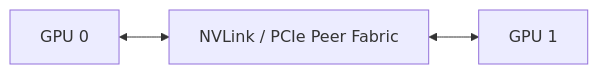
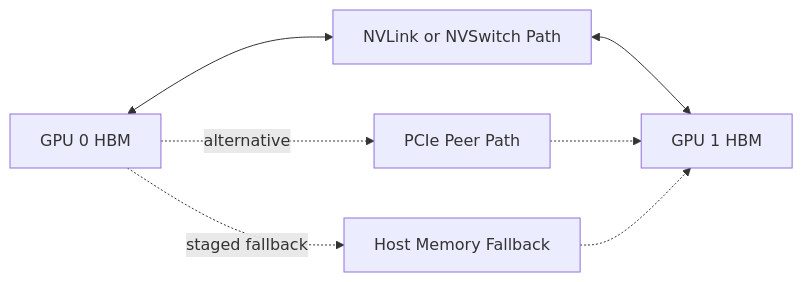
The diagram in docs/nvidia-zero-to-hero/volume-07/labs/lab-02-validate-peer-access-and-nvlink.md (jithinpnjm/nvidia-devops), drawn with Mermaid before and after one commit. The commit also changed other lines of this file, not shown here.

````diff
--- a/docs/nvidia-zero-to-hero/volume-07/labs/lab-02-validate-peer-access-and-nvlink.md
+++ b/docs/nvidia-zero-to-hero/volume-07/labs/lab-02-validate-peer-access-and-nvlink.md
@@ -31,5 +54,12 @@
 ```mermaid
 flowchart LR
-    G0[GPU 0] <--> Fabric[NVLink / PCIe Peer Fabric]
-    Fabric <--> G1[GPU 1]
+    GPU0[GPU 0 HBM]
+    GPU1[GPU 1 HBM]
+    NVLink[NVLink or NVSwitch Path]
+    PCIe[PCIe Peer Path]
+    Host[Host Memory Fallback]
+
+    GPU0 <--> NVLink <--> GPU1
+    GPU0 -. alternative .-> PCIe -.-> GPU1
+    GPU0 -. staged fallback .-> Host -.-> GPU1
 ```
````
